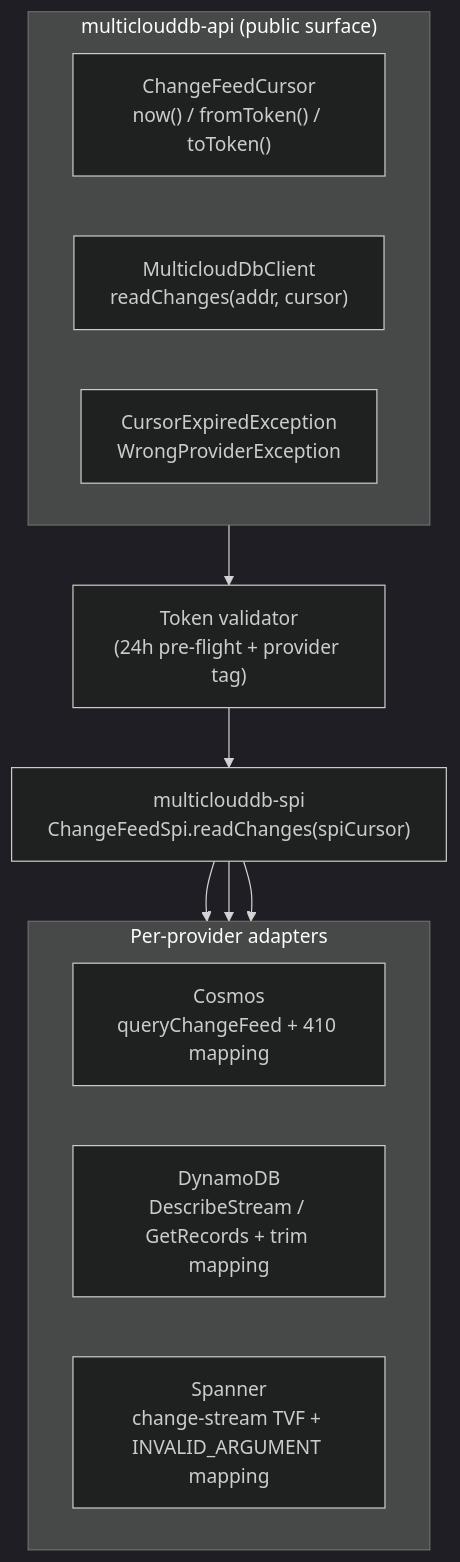
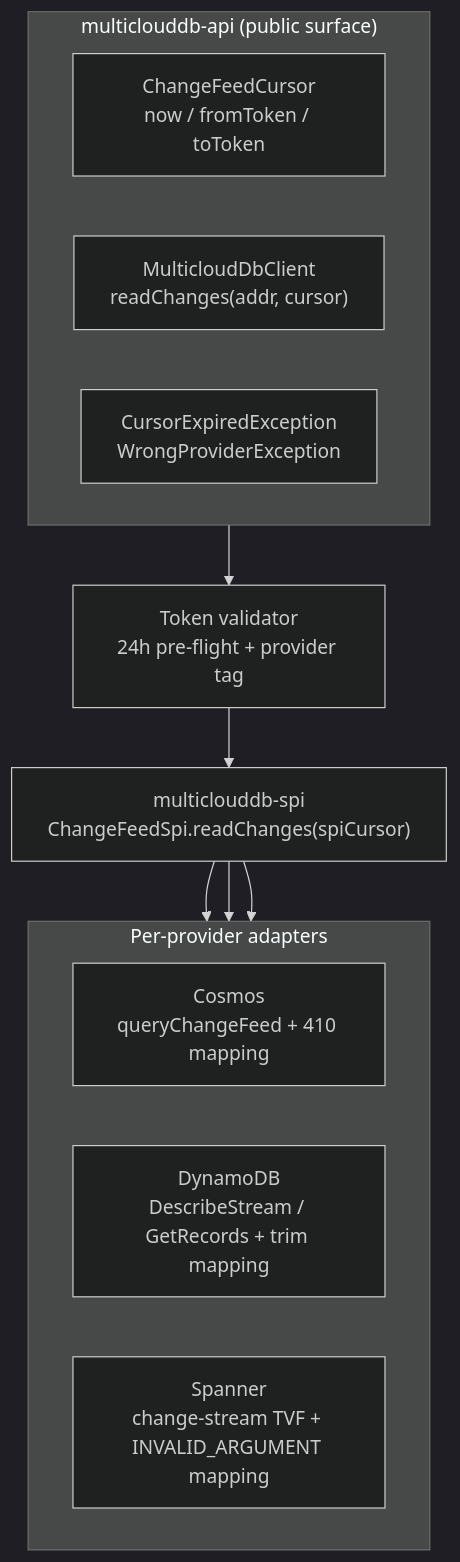
Before and after one commit to allenkim0129/multiclouddb-sdk-for-java: the first of 2 diagrams in docs/research/scalable-change-feed-api.md, drawn with Mermaid (dark theme). The commit also changed other lines of this file, not shown here.

First line of the commit message:
docs(research): focus change-feed doc on multi-thread workflows

````diff
--- a/docs/research/scalable-change-feed-api.md
+++ b/docs/research/scalable-change-feed-api.md
@@ -257,22 +151,22 @@
 ```mermaid
 flowchart TB
     subgraph PUB["multiclouddb-api (public surface)"]
         direction LR
-        Cur["ChangeFeedCursor<br/>now() / fromToken() / toToken()"]
+        Cur["ChangeFeedCursor<br/>now / fromToken / toToken"]
         Cli["MulticloudDbClient<br/>readChanges(addr, cursor)"]
         Exn["CursorExpiredException<br/>WrongProviderException"]
     end
-    Val["Token validator<br/>(24h pre-flight + provider tag)"]
+    Val["Token validator<br/>24h pre-flight + provider tag"]
     SPI["multiclouddb-spi<br/>ChangeFeedSpi.readChanges(spiCursor)"]
     subgraph IMPL["Per-provider adapters"]
         direction LR
         Cos["Cosmos<br/>queryChangeFeed + 410 mapping"]
         Dyn["DynamoDB<br/>DescribeStream / GetRecords + trim mapping"]
         Spa["Spanner<br/>change-stream TVF + INVALID_ARGUMENT mapping"]
     end
     Cli --> Val
     Val --> SPI
     SPI --> Cos
     SPI --> Dyn
     SPI --> Spa
 ```
````
